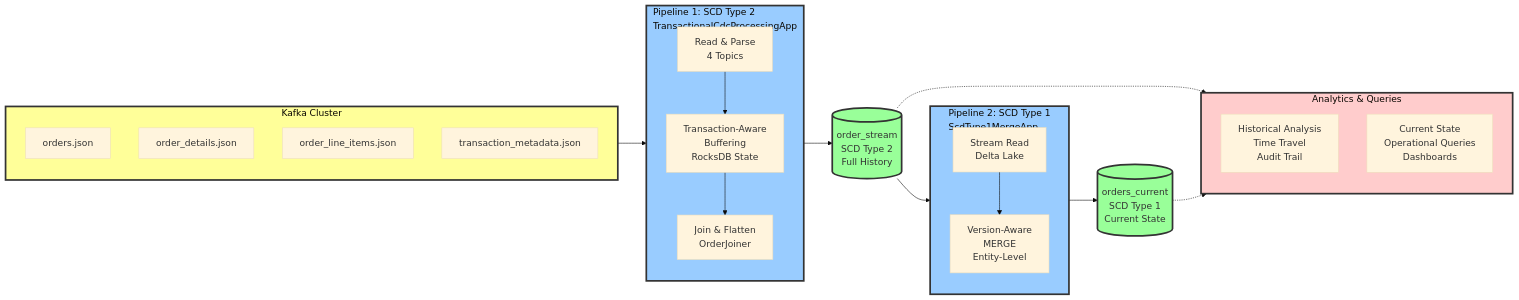
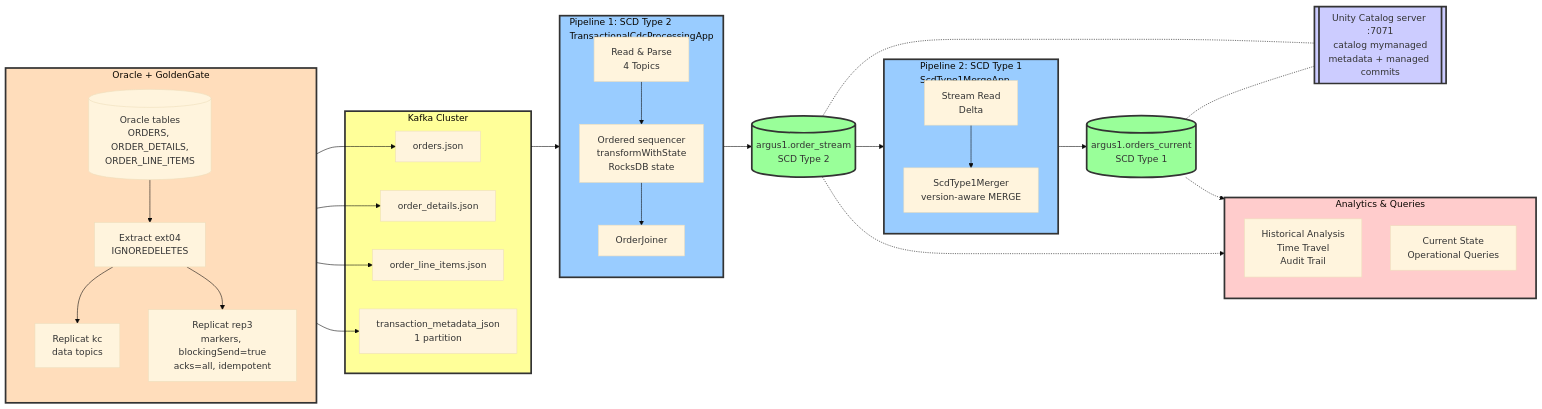
The fourth of 6 diagrams in PIPELINE_DIAGRAMS.md (nnagarajan/transactional-cdc-processing-spark), drawn with Mermaid (base theme) before and after one commit. The commit also changed other lines of this file, not shown here.

Commit message:
changed diagram

````diff
--- a/PIPELINE_DIAGRAMS.md
+++ b/PIPELINE_DIAGRAMS.md
@@ -207,59 +225,74 @@
 ```mermaid
 flowchart LR
-    %% Kafka Sources
+    subgraph Oracle["Oracle + GoldenGate"]
+        direction TB
+        DB[(Oracle tables<br/>ORDERS, ORDER_DETAILS,<br/>ORDER_LINE_ITEMS)]
+        EXT["Extract ext04<br/>IGNOREDELETES"]
+        RK[Replicat kc<br/>data topics]
+        R3["Replicat rep3<br/>markers, blockingSend=true<br/>acks=all, idempotent"]
+        DB --> EXT
+        EXT --> RK
+        EXT --> R3
+    end
+
     subgraph Kafka["Kafka Cluster"]
         K1[orders.json]
         K2[order_details.json]
         K3[order_line_items.json]
-        K4[transaction_metadata.json]
+        K4["transaction_metadata_json<br/>1 partition"]
     end
 
-    %% Pipeline 1
     subgraph P1["Pipeline 1: SCD Type 2<br/>TransactionalCdcProcessingApp"]
         direction TB
         READ1[Read & Parse<br/>4 Topics]
-        BUFFER[Transaction-Aware<br/>Buffering<br/>RocksDB State]
-        JOIN1[Join & Flatten<br/>OrderJoiner]
-        READ1 --> BUFFER --> JOIN1
+        SEQ["Ordered sequencer<br/>transformWithState<br/>RocksDB state"]
+        JOIN1[OrderJoiner]
+        READ1 --> SEQ --> JOIN1
     end
 
-    %% SCD Type 2 Storage
-    DL1[(order_stream<br/>SCD Type 2<br/>Full History)]
+    DL1[("argus1.order_stream<br/>SCD Type 2")]
 
-    %% Pipeline 2
     subgraph P2["Pipeline 2: SCD Type 1<br/>ScdType1MergeApp"]
         direction TB
-        READ2[Stream Read<br/>Delta Lake]
-        MERGE[Version-Aware<br/>MERGE<br/>Entity-Level]
+        READ2[Stream Read<br/>Delta]
+        MERGE["ScdType1Merger<br/>version-aware MERGE"]
         READ2 --> MERGE
     end
 
-    %% SCD Type 1 Storage
-    DL2[(orders_current<br/>SCD Type 1<br/>Current State)]
+    DL2[("argus1.orders_current<br/>SCD Type 1")]
 
-    %% Analytics
+    UC[["Unity Catalog server :7071<br/>catalog mymanaged<br/>metadata + managed commits"]]
+
     subgraph Analytics["Analytics & Queries"]
         direction TB
         Q1[Historical Analysis<br/>Time Travel<br/>Audit Trail]
-        Q2[Current State<br/>Operational Queries<br/>Dashboards]
+        Q2[Current State<br/>Operational Queries]
     end
 
-    %% Flow
+    RK --> K1
+    RK --> K2
+    RK --> K3
+    R3 --> K4
     Kafka --> P1
     P1 --> DL1
     DL1 --> P2
     P2 --> DL2
+    DL1 -.- UC
+    DL2 -.- UC
     DL1 -.-> Q1
     DL2 -.-> Q2
 
-    %% Styling
+    classDef source fill:#fdb,stroke:#333,stroke-width:3px
     classDef kafka fill:#ff9,stroke:#333,stroke-width:3px
     classDef pipeline fill:#9cf,stroke:#333,stroke-width:3px
     classDef storage fill:#9f9,stroke:#333,stroke-width:3px
+    classDef catalog fill:#ccf,stroke:#333,stroke-width:3px
     classDef analytics fill:#fcc,stroke:#333,stroke-width:3px
 
+    class Oracle source
     class Kafka kafka
     class P1,P2 pipeline
     class DL1,DL2 storage
+    class UC catalog
     class Analytics analytics
 ```
````
